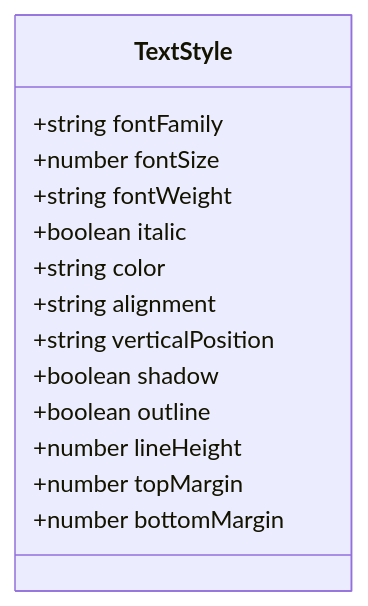
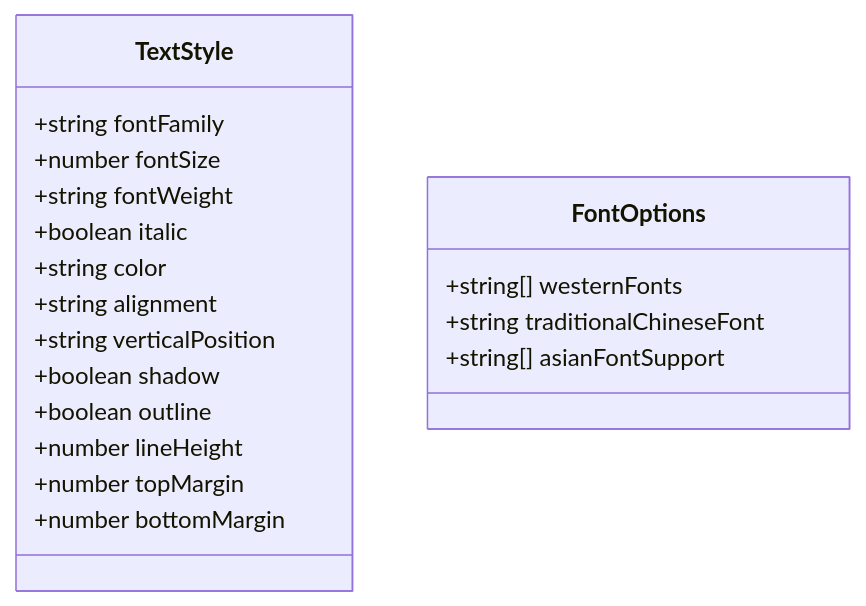
Before and after one commit to jimmywyk/lyricdeck: the fourth of 9 diagrams in .qoder/repowiki/en/content/User Interface Components/Settings and Configuration Component.md, drawn with Mermaid. The commit also changed other lines of this file and 11 other files, not shown here.

````diff
--- a/.qoder/repowiki/en/content/User Interface Components/Settings and Configuration Component.md
+++ b/.qoder/repowiki/en/content/User Interface Components/Settings and Configuration Component.md
@@ -162,17 +192,22 @@
 ```mermaid
 classDiagram
 class TextStyle {
 +string fontFamily
 +number fontSize
 +string fontWeight
 +boolean italic
 +string color
 +string alignment
 +string verticalPosition
 +boolean shadow
 +boolean outline
 +number lineHeight
 +number topMargin
 +number bottomMargin
 }
+class FontOptions {
++string[] westernFonts
++string traditionalChineseFont
++string[] asianFontSupport
+}
 ```
````
